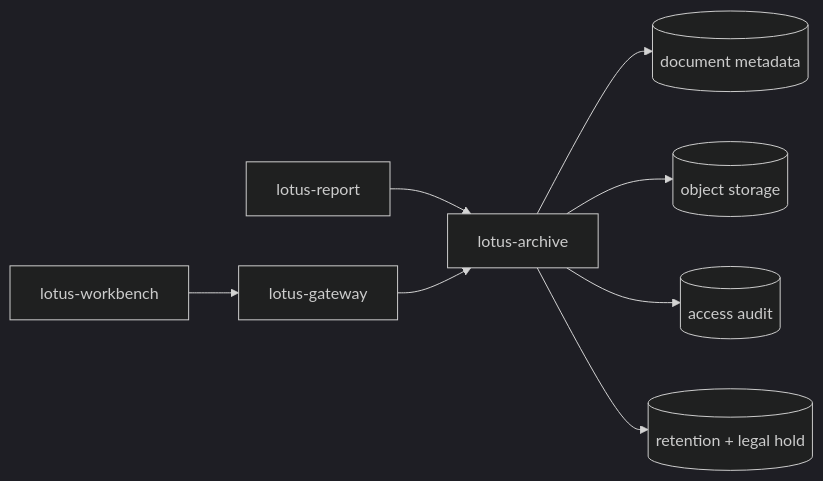
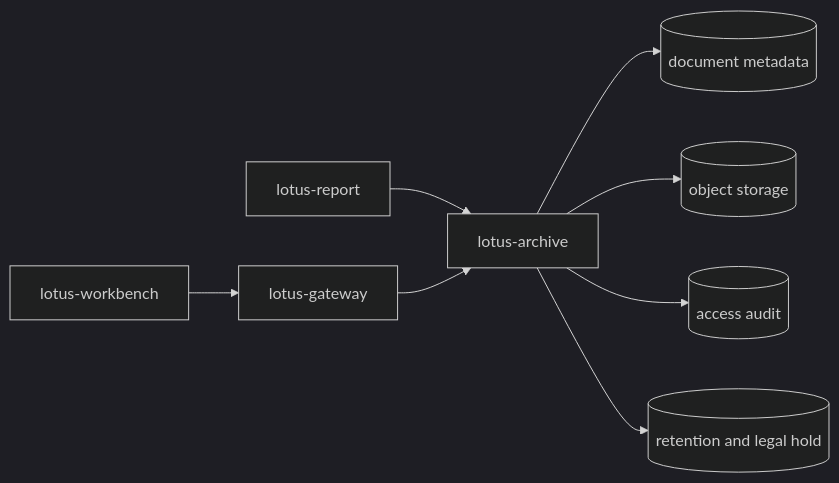
One commit to sgajbi/lotus-platform changed the diagram in rfcs/RFC-0103-document-archive-retrieval-retention-and-legal-hold.md. Above: the diagram before and after it, drawn with Mermaid (dark theme). The commit also changed other lines of this file and 1 other file, not shown here.

Commit message:
Tighten RFC-0103 archive implementation guide

````diff
--- a/rfcs/RFC-0103-document-archive-retrieval-retention-and-legal-hold.md
+++ b/rfcs/RFC-0103-document-archive-retrieval-retention-and-legal-hold.md
@@ -60,10 +201,10 @@
 ```mermaid
 flowchart LR
     REPORT[lotus-report] --> ARCHIVE[lotus-archive]
     ARCHIVE --> META[(document metadata)]
     ARCHIVE --> STORE[(object storage)]
+    ARCHIVE --> AUDIT[(access audit)]
+    ARCHIVE --> RETENTION[(retention and legal hold)]
     WB[lotus-workbench] --> GW[lotus-gateway]
     GW --> ARCHIVE
-    ARCHIVE --> AUDIT[(access audit)]
-    ARCHIVE --> RETENTION[(retention + legal hold)]
 ```
````
